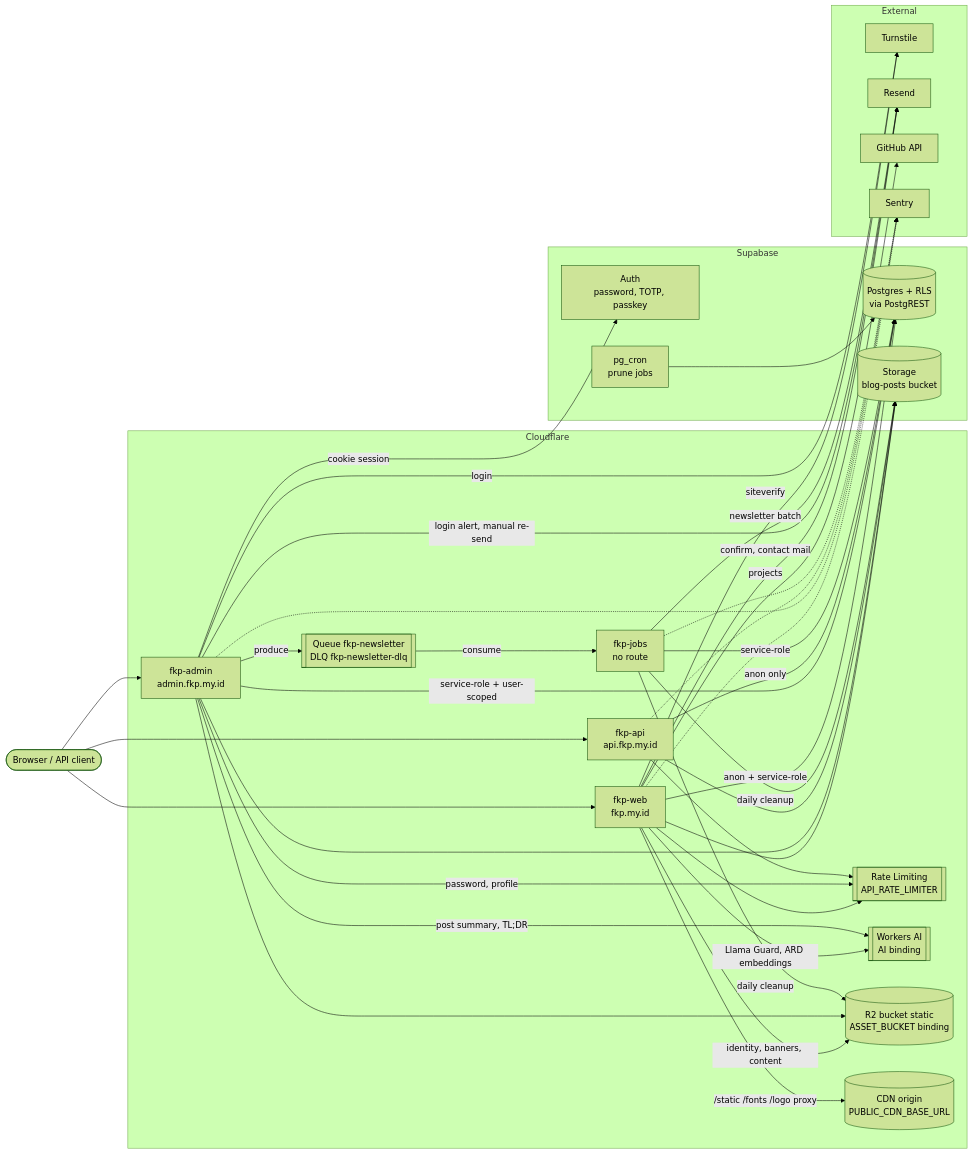
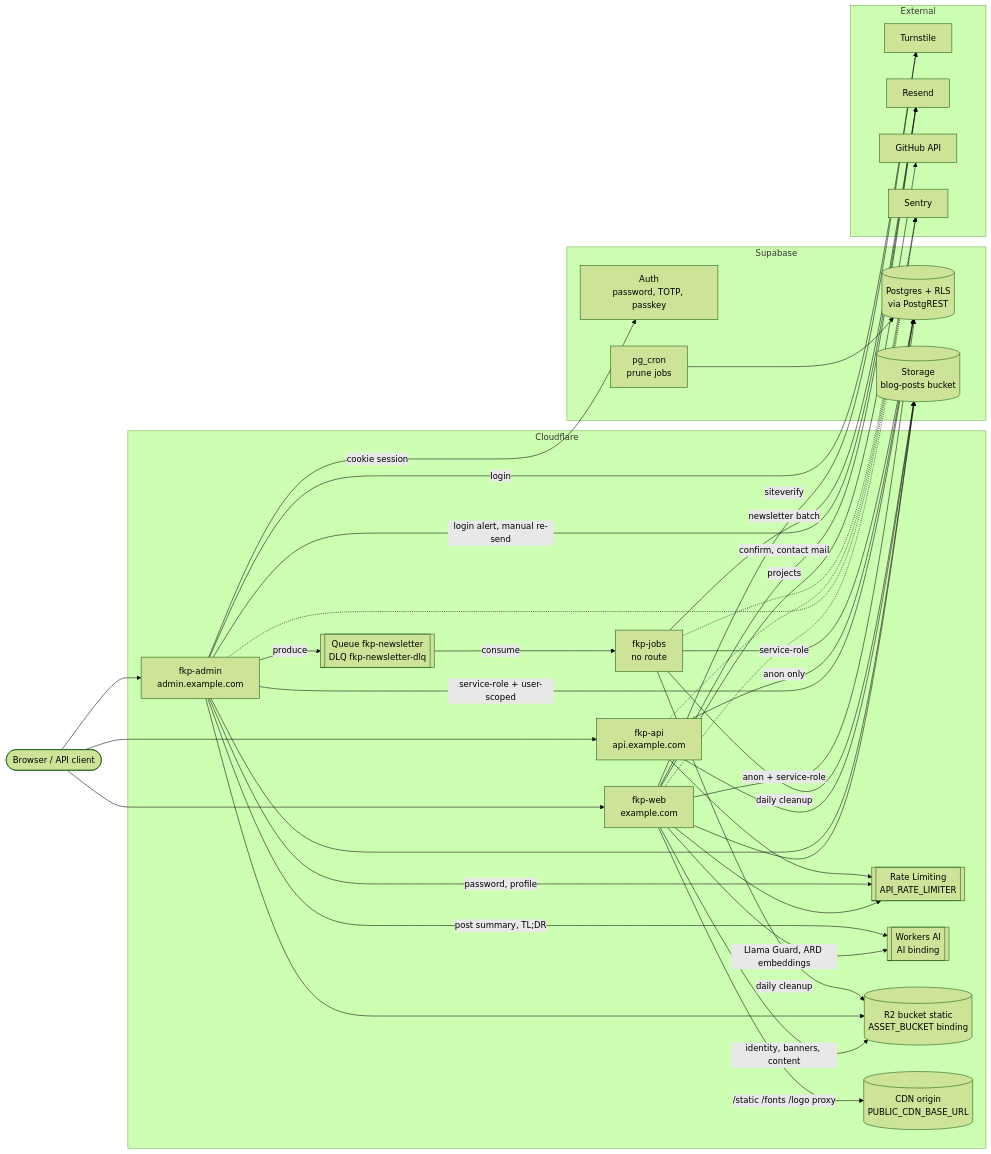
One commit to farhnkrnapratma/idstead changed the diagram in docs/001-architecture/001-component-map.md. Above: the diagram before and after it, drawn with Mermaid (forest theme). The commit also changed other lines of this file and 189 other files, not shown here.

````diff
--- a/docs/001-architecture/001-component-map.md
+++ b/docs/001-architecture/001-component-map.md
@@ -5,71 +5,71 @@
 ```mermaid
 flowchart LR
     Browser(["Browser / API client"])
 
     subgraph CF["Cloudflare"]
-        WEB["fkp-web<br/>fkp.my.id"]
-        ADMIN["fkp-admin<br/>admin.fkp.my.id"]
-        API["fkp-api<br/>api.fkp.my.id"]
+        WEB["fkp-web<br/>example.com"]
+        ADMIN["fkp-admin<br/>admin.example.com"]
+        API["fkp-api<br/>api.example.com"]
         JOBS["fkp-jobs<br/>no route"]
         RL[["Rate Limiting<br/>API_RATE_LIMITER"]]
         AI[["Workers AI<br/>AI binding"]]
         Q[["Queue fkp-newsletter<br/>DLQ fkp-newsletter-dlq"]]
         R2[("R2 bucket static<br/>ASSET_BUCKET binding")]
         CDN[("CDN origin<br/>PUBLIC_CDN_BASE_URL")]
     end
 
     subgraph SB["Supabase"]
         PG[("Postgres + RLS<br/>via PostgREST")]
         AUTH["Auth<br/>password, TOTP, passkey"]
         ST[("Storage<br/>blog-posts bucket")]
         CRON["pg_cron<br/>prune jobs"]
     end
 
     subgraph EXT["External"]
         TS["Turnstile"]
         RS["Resend"]
         GH["GitHub API"]
         SEN["Sentry"]
     end
 
     Browser --> WEB
     Browser --> ADMIN
     Browser --> API
 
     WEB -->|"anon + service-role"| PG
     WEB --> ST
     WEB -->|"identity, banners, content"| R2
     WEB -->|"/static /fonts /logo proxy"| CDN
     WEB --> RL
     WEB -->|"Llama Guard, ARD embeddings"| AI
     WEB -->|"siteverify"| TS
     WEB -->|"confirm, contact mail"| RS
     WEB -->|"projects"| GH
 
     ADMIN -->|"cookie session"| AUTH
     ADMIN -->|"service-role + user-scoped"| PG
     ADMIN --> ST
     ADMIN --> R2
     ADMIN -->|"password, profile"| RL
     ADMIN -->|"post summary, TL;DR"| AI
     ADMIN -->|"login"| TS
     ADMIN -->|"login alert, manual re-send"| RS
     ADMIN -->|"produce"| Q
 
     API -->|"anon only"| PG
     API --> ST
     API --> RL
 
     Q -->|"consume"| JOBS
     JOBS -->|"service-role"| PG
     JOBS -->|"newsletter batch"| RS
     JOBS -->|"daily cleanup"| R2
     JOBS -->|"daily cleanup"| ST
 
     CRON --> PG
 
     WEB -.-> SEN
     ADMIN -.-> SEN
     API -.-> SEN
     JOBS -.-> SEN
 ```
````
